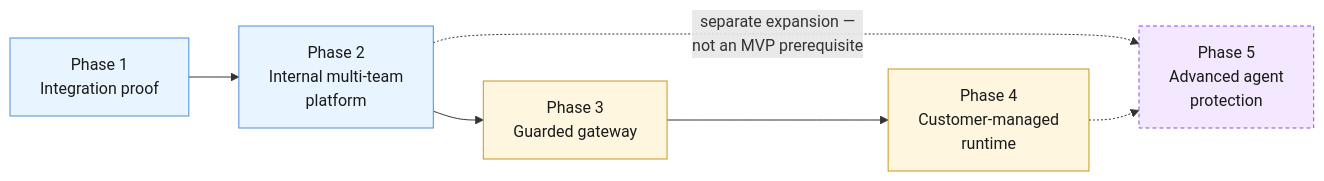
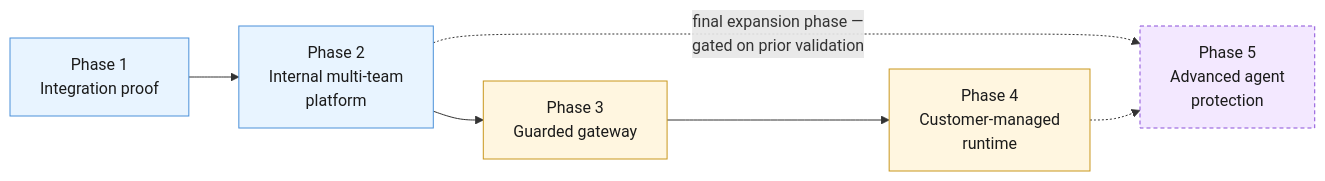
One commit to veglezMX/guardrails changed the third of 3 diagrams in solution-docs/40-sales-deck/SLIDE-OUTLINE.md. Above: the diagram before and after it, drawn with Mermaid. The commit also changed other lines of this file and 70 other files, not shown here.

````diff
--- a/solution-docs/40-sales-deck/SLIDE-OUTLINE.md
+++ b/solution-docs/40-sales-deck/SLIDE-OUTLINE.md
@@ -311,15 +313,15 @@
 ```mermaid
 flowchart LR
     P1["Phase 1<br/>Integration proof"] --> P2["Phase 2<br/>Internal multi-team<br/>platform"]
     P2 --> P3["Phase 3<br/>Guarded gateway"]
     P3 --> P4["Phase 4<br/>Customer-managed<br/>runtime"]
-    P2 -.->|"separate expansion —<br/>not an MVP prerequisite"| P5["Phase 5<br/>Advanced agent<br/>protection"]
+    P2 -.->|"final expansion phase —<br/>gated on prior validation"| P5["Phase 5<br/>Advanced agent<br/>protection"]
     P4 -.-> P5
 
-    classDef mvp fill:#e8f4ff,stroke:#4a90d9,color:#1b1b1b;
-    classDef beyond fill:#fff6e0,stroke:#c9971d,color:#1b1b1b;
+    classDef core fill:#e8f4ff,stroke:#4a90d9,color:#1b1b1b;
+    classDef later fill:#fff6e0,stroke:#c9971d,color:#1b1b1b;
     classDef expansion fill:#f3e8ff,stroke:#8a4fd9,color:#1b1b1b,stroke-dasharray: 4 3;
-    class P1,P2 mvp;
-    class P3,P4 beyond;
+    class P1,P2 core;
+    class P3,P4 later;
     class P5 expansion;
 ```
````
